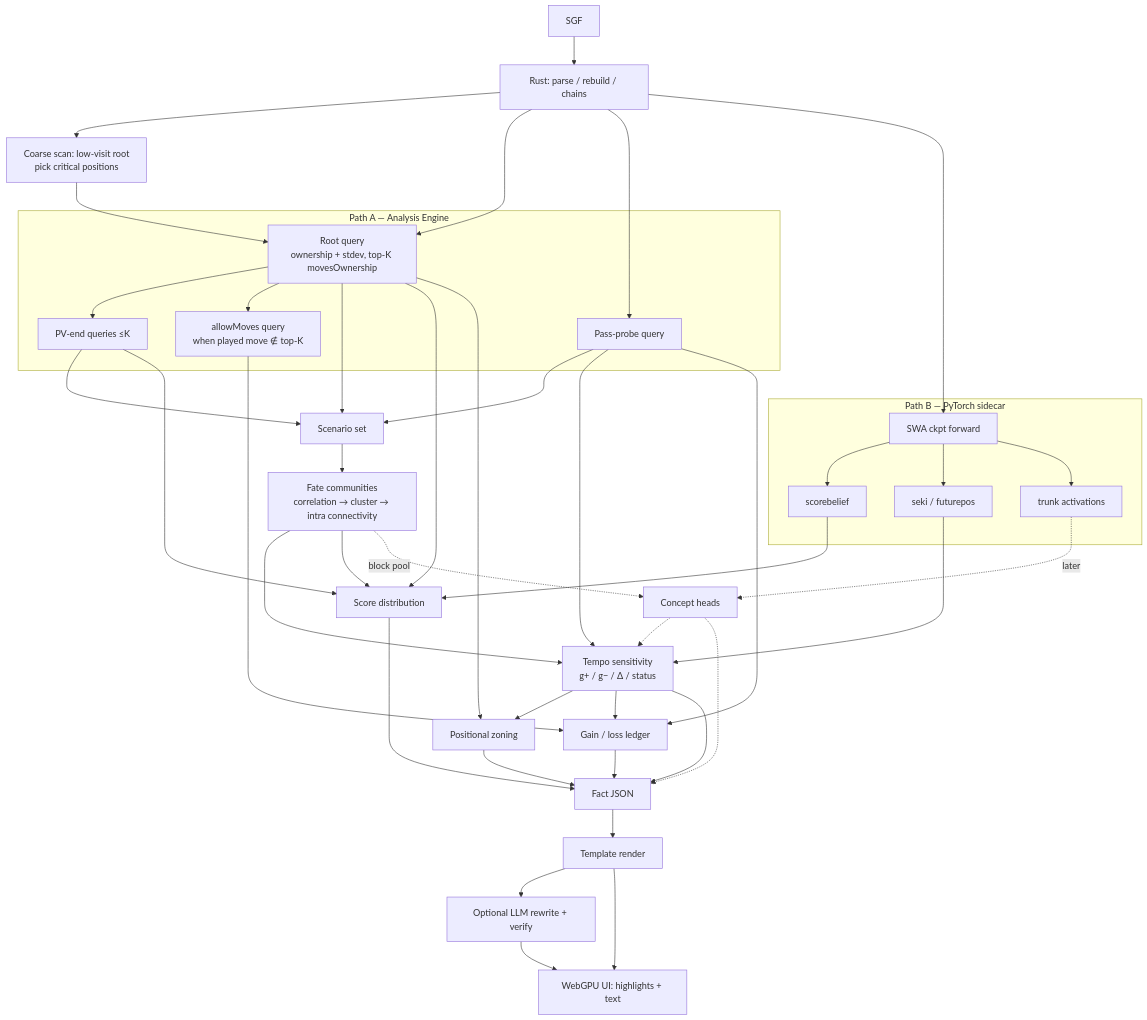
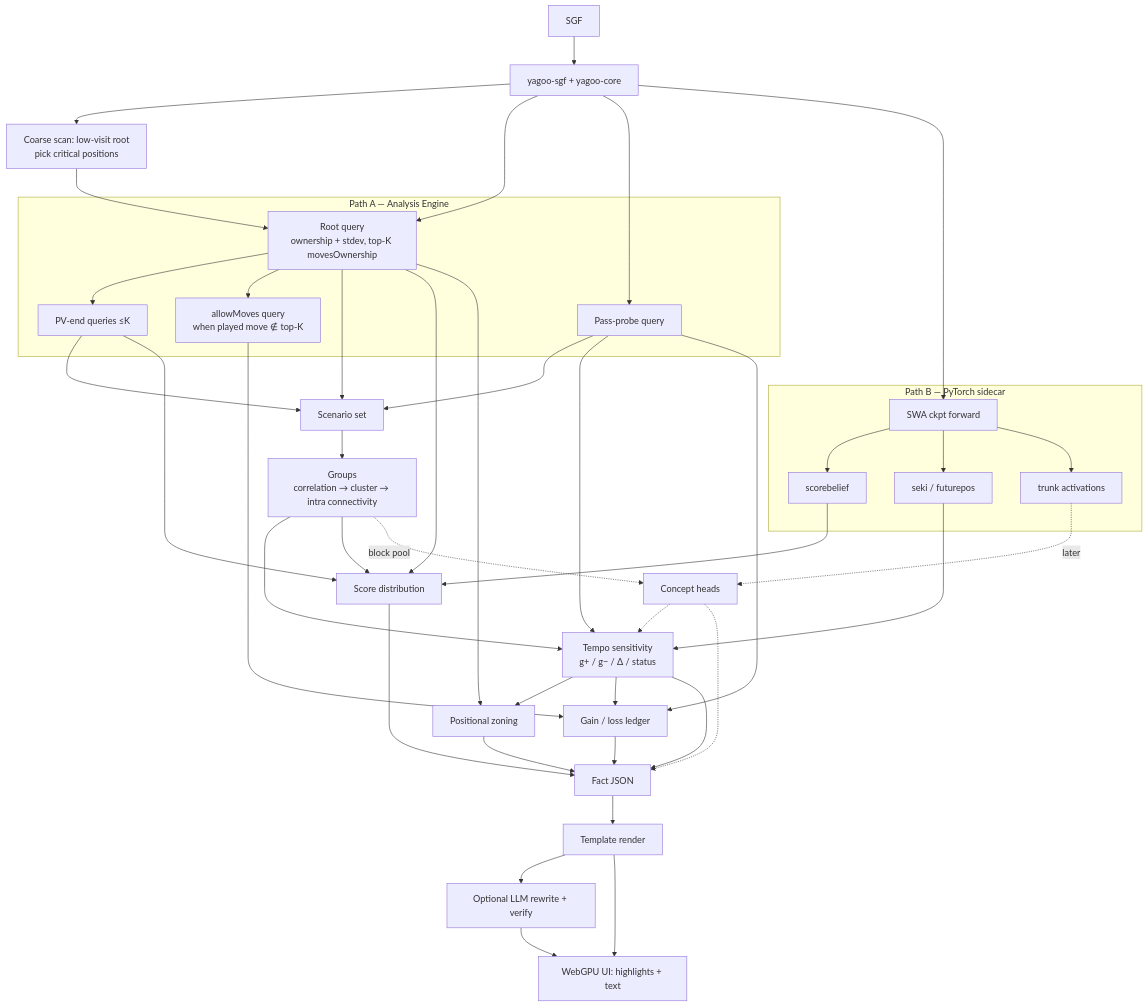
One commit to yet-another-ai/yagoo changed the second of 2 diagrams in docs/architecture.md. Above: the diagram before and after it, drawn with Mermaid. The commit also changed other lines of this file and 43 other files, not shown here.

First line of the commit message:
feat: rename groups terminology and add Rust foundation crates

````diff
--- a/docs/architecture.md
+++ b/docs/architecture.md
@@ -46,61 +60,61 @@
 ```mermaid
 flowchart TD
-  SGF[SGF] --> P[Rust: parse / rebuild / chains]
+  SGF[SGF] --> P[yagoo-sgf + yagoo-core]
   P --> SCAN[Coarse scan: low-visit root<br/>pick critical positions]
   SCAN --> Q
 
   subgraph A[Path A — Analysis Engine]
     Q[Root query<br/>ownership + stdev, top-K movesOwnership]
     QP[Pass-probe query]
     QV[PV-end queries ≤K]
     QM[allowMoves query<br/>when played move ∉ top-K]
   end
 
   P --> Q
   P --> QP
   Q --> QV
   Q --> QM
 
   subgraph B[Path B — PyTorch sidecar]
     T[SWA ckpt forward]
     T --> SB[scorebelief]
     T --> SK[seki / futurepos]
     T --> ACT[trunk activations]
   end
   P --> T
 
   Q --> SC[Scenario set]
   QP --> SC
   QV --> SC
 
-  SC --> FC[Fate communities<br/>correlation → cluster → intra connectivity]
+  SC --> FC[Groups<br/>correlation → cluster → intra connectivity]
   FC --> TS[Tempo sensitivity<br/>g+ / g− / Δ / status]
   QP --> TS
   SK --> TS
 
   FC --> SD[Score distribution]
   SB --> SD
   Q --> SD
   QV --> SD
 
   TS --> ZN[Positional zoning]
   Q --> ZN
 
   TS --> LG[Gain / loss ledger]
   QM --> LG
   QP --> LG
 
   ACT -.later.-> CH[Concept heads]
   FC -.block pool.-> CH
   CH -.-> TS
 
   TS --> J[Fact JSON]
   SD --> J
   ZN --> J
   LG --> J
   CH -.-> J
   J --> TPL[Template render]
   TPL --> LLM[Optional LLM rewrite + verify]
   LLM --> UI[WebGPU UI: highlights + text]
   TPL --> UI
 ```
````
